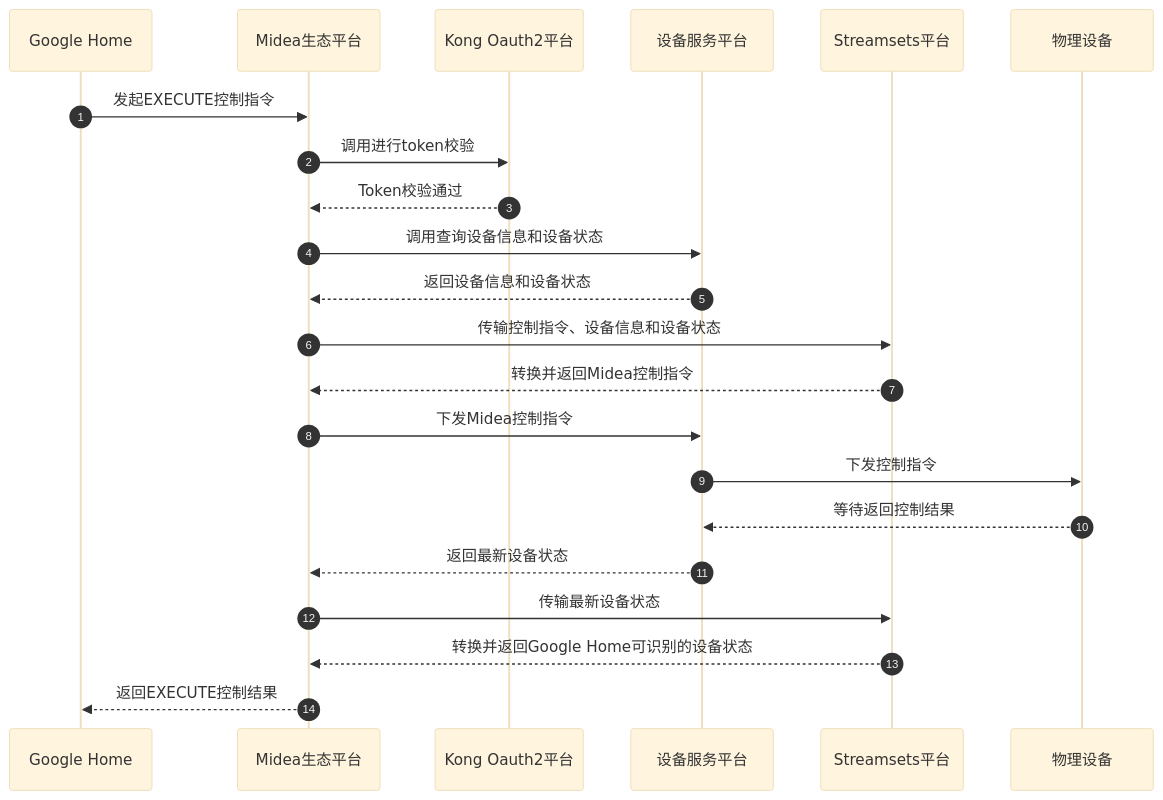
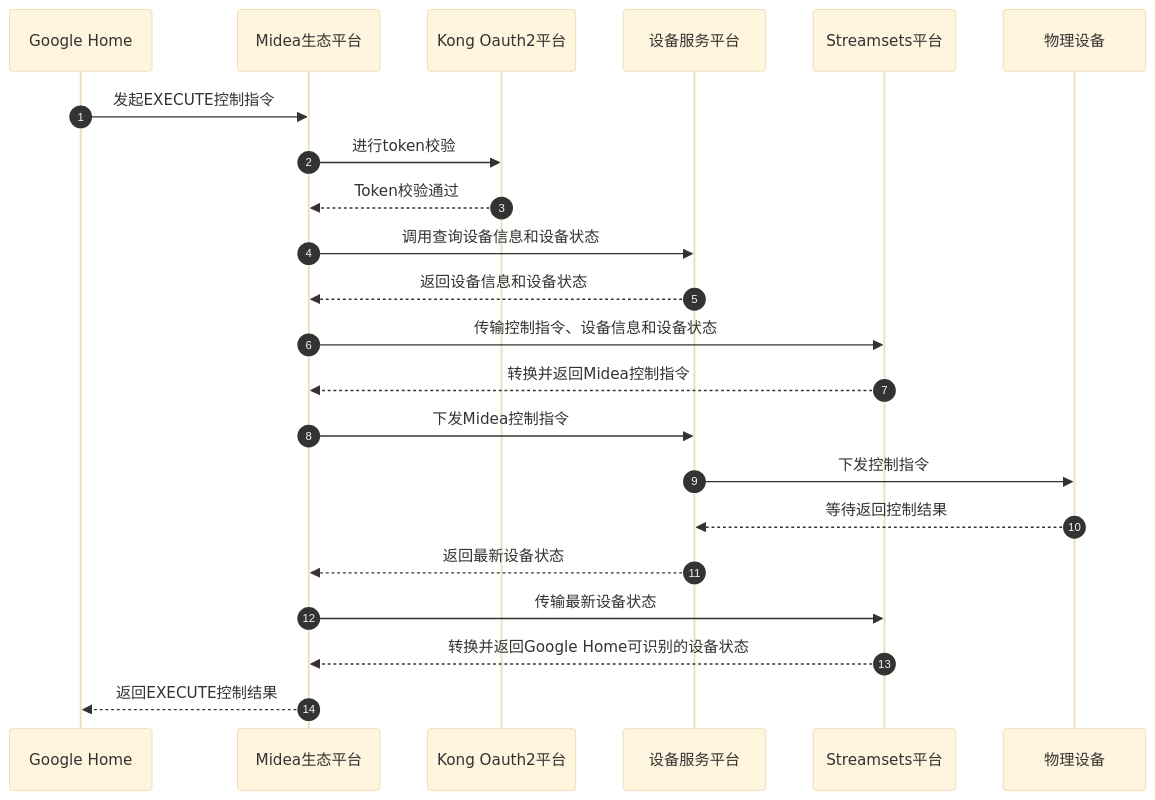
One commit to ixiaoyang8/iodraw-files changed the diagram in all/google home调用链路.md. Above: the diagram before and after it, drawn with Mermaid (base theme).

Commit message:
2026-06-11 11:40:19 update

````diff
--- a/all/google home调用链路.md
+++ b/all/google home调用链路.md
@@ -1,27 +1,27 @@
 ```mermaid
 sequenceDiagram
     autonumber
     participant GoogleHome as Google Home
     participant MideaEco as Midea生态平台
     participant KongOAuth as Kong Oauth2平台
     participant DevService as 设备服务平台
     participant Streamsets as Streamsets平台
     participant Device as 物理设备
     
 
     GoogleHome->>MideaEco: 发起EXECUTE控制指令
-    MideaEco->>KongOAuth: 调用进行token校验
+    MideaEco->>KongOAuth: 进行token校验
     KongOAuth-->>MideaEco: Token校验通过
     MideaEco->>DevService: 调用查询设备信息和设备状态
     DevService-->>MideaEco: 返回设备信息和设备状态
     MideaEco->>Streamsets: 传输控制指令、设备信息和设备状态
     Streamsets-->>MideaEco: 转换并返回Midea控制指令
     MideaEco->>DevService: 下发Midea控制指令
     DevService->>Device: 下发控制指令
     Device-->>DevService: 等待返回控制结果
     DevService-->>MideaEco: 返回最新设备状态
     MideaEco->>Streamsets: 传输最新设备状态
     Streamsets-->>MideaEco: 转换并返回Google Home可识别的设备状态
     MideaEco-->>GoogleHome: 返回EXECUTE控制结果
 
 ```
````
